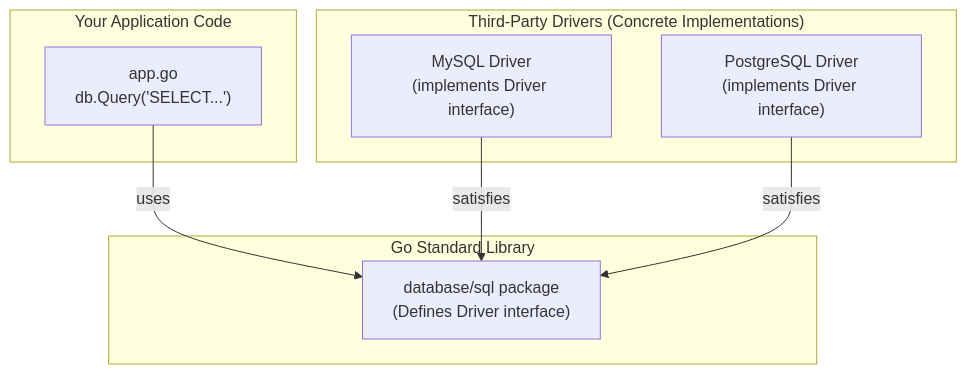
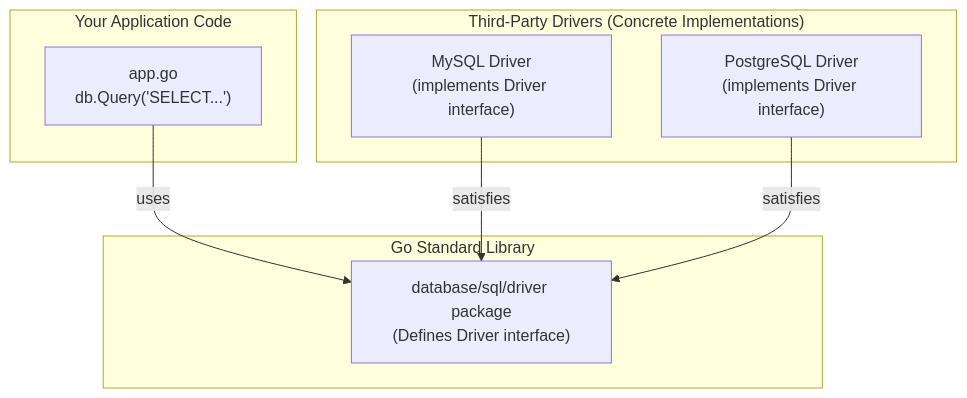
The second of 2 diagrams in chapter_09.md (saturngod/go_lang_mm_book), drawn with Mermaid before and after one commit. The commit also changed other lines of this file and 6 other files, not shown here.

````diff
--- a/chapter_09.md
+++ b/chapter_09.md
@@ -250,19 +250,19 @@
 ```mermaid
 graph TD
     subgraph "Your Application Code"
         App["app.go<br/>db.Query('SELECT...')"]
     end
 
     subgraph "Go Standard Library"
-        StdSQL["database/sql package<br/>(Defines Driver interface)"]
+        StdSQL["database/sql/driver package<br/>(Defines Driver interface)"]
     end
 
     subgraph "Third-Party Drivers (Concrete Implementations)"
         MySQLDriver["MySQL Driver<br/>(implements Driver interface)"]
         PGDriver["PostgreSQL Driver<br/>(implements Driver interface)"]
     end
 
     App -- "uses" --> StdSQL
     MySQLDriver -- "satisfies" --> StdSQL
     PGDriver -- "satisfies" --> StdSQL
 ```
````
